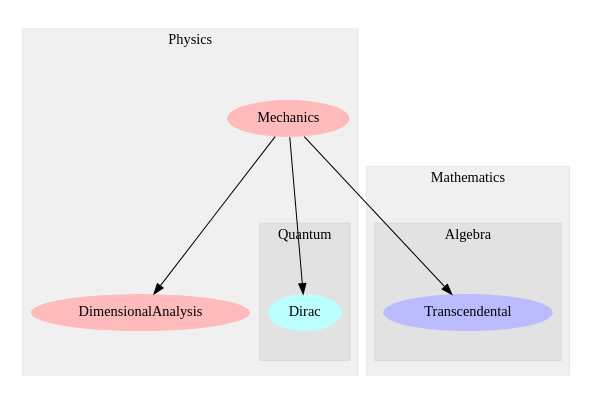
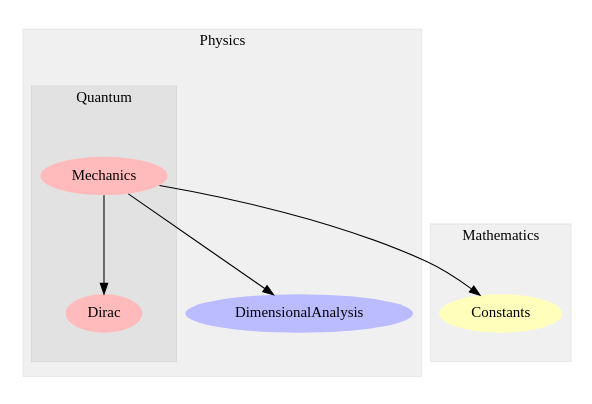
One commit to wi11dey/Physikell changed the diagram in Modules.dot. Above: the diagram before and after it, drawn with Graphviz. The commit also changed 2 other files, not shown here.

```diff
--- a/Modules.dot
+++ b/Modules.dot
@@ -1,36 +1,30 @@
 digraph G {
 size="6,4";
 ratio="fill";
 subgraph cluster_0 {
 label="Mathematics";
 color="#0000000F";
 style="filled";
-subgraph cluster_1 {
-label="Algebra";
-color="#0000000F";
-style="filled";
-u0[label="Transcendental",style="filled",fillcolor="#bbbbff",penwidth="0"];
+u0[label="Constants",style="filled",fillcolor="#ffffbb",penwidth="0"];
 
 }
-
-}
-subgraph cluster_2 {
+subgraph cluster_1 {
 label="Physics";
 color="#0000000F";
 style="filled";
-u1[label="DimensionalAnalysis",style="filled",fillcolor="#ffbbbb",penwidth="0"];
-u3[label="Mechanics",style="filled",fillcolor="#ffbbbb",penwidth="0"];
-subgraph cluster_3 {
+u1[label="DimensionalAnalysis",style="filled",fillcolor="#bbbbff",penwidth="0"];
+subgraph cluster_2 {
 label="Quantum";
 color="#0000000F";
 style="filled";
-u2[label="Dirac",style="filled",fillcolor="#bbffff",penwidth="0"];
+u2[label="Dirac",style="filled",fillcolor="#ffbbbb",penwidth="0"];
+u3[label="Mechanics",style="filled",fillcolor="#ffbbbb",penwidth="0"];
 
 }
 
 }
 u3 -> u0;
 u3 -> u1;
 u3 -> u2;
 
 }
```
